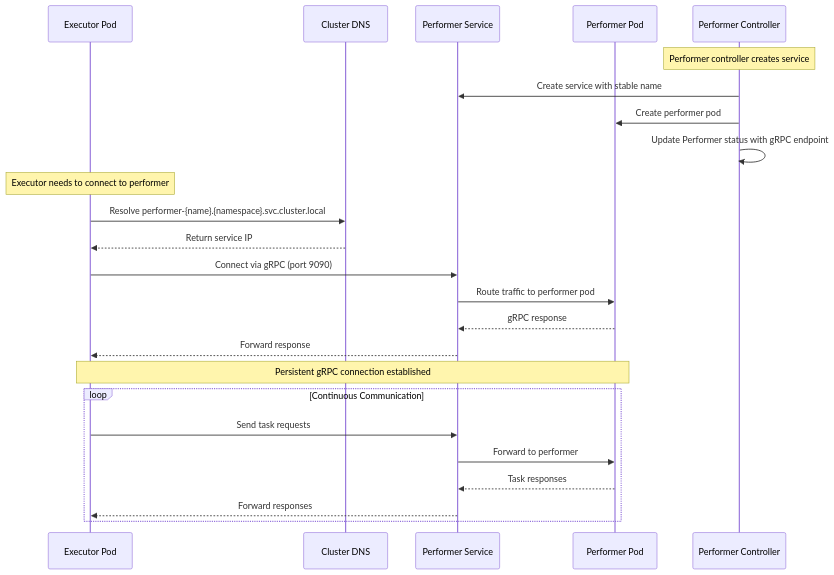
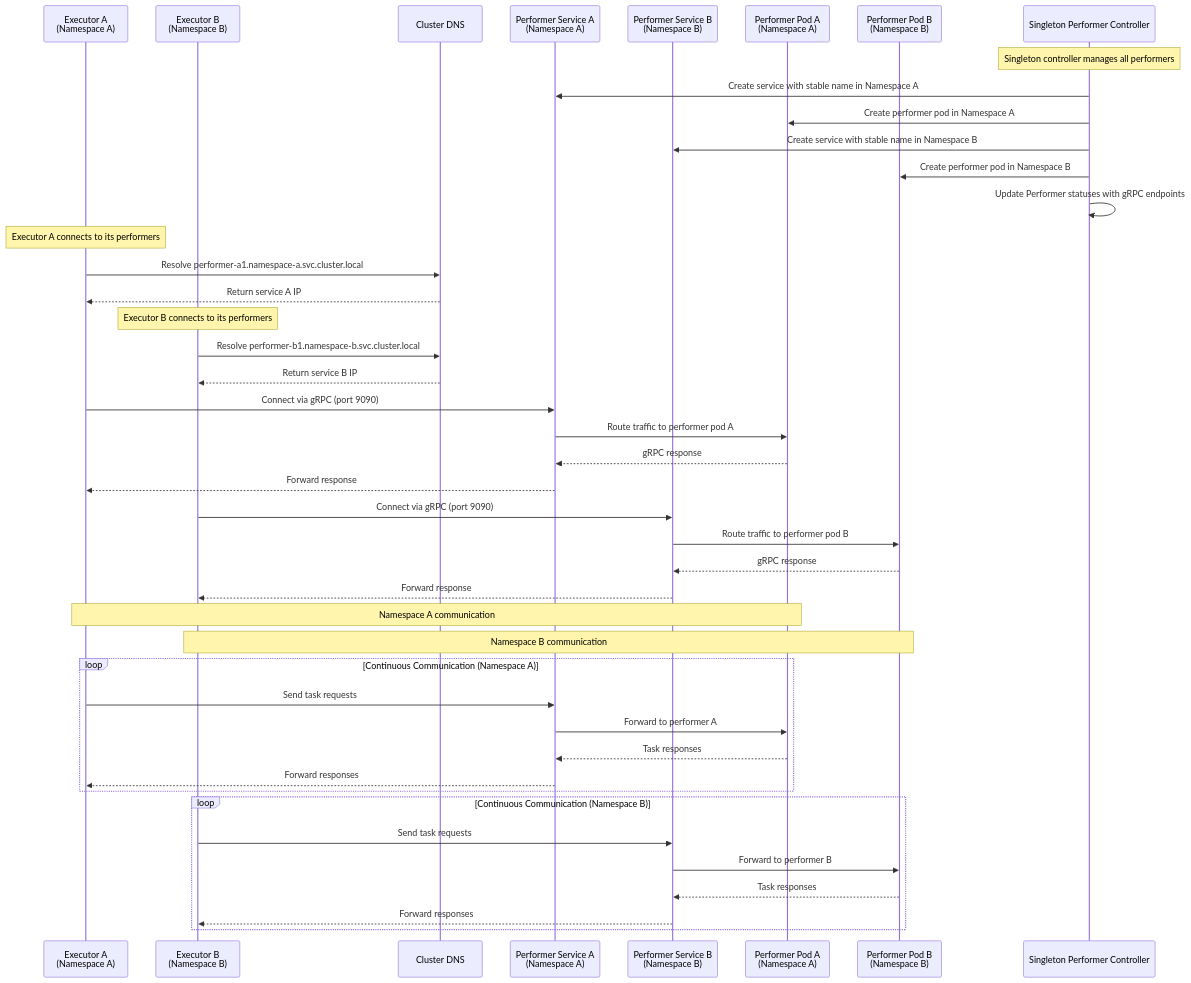
The seventh of 10 diagrams in hourglass-operator/docs/operator/process-flows.md (Layr-Labs/hourglass-monorepo), drawn with Mermaid before and after one commit. The commit also changed other lines of this file and 4 other files, not shown here.

Commit message:
refactored and updated architecture

````diff
--- a/hourglass-operator/docs/operator/process-flows.md
+++ b/hourglass-operator/docs/operator/process-flows.md
@@ -263,31 +306,53 @@
 ```mermaid
 sequenceDiagram
-    participant Executor as Executor Pod
+    participant ExecutorA as Executor A<br/>(Namespace A)
+    participant ExecutorB as Executor B<br/>(Namespace B)
     participant DNS as Cluster DNS
-    participant Service as Performer Service
-    participant Pod as Performer Pod
-    participant Controller as Performer Controller
+    participant ServiceA as Performer Service A<br/>(Namespace A)
+    participant ServiceB as Performer Service B<br/>(Namespace B)
+    participant PodA as Performer Pod A<br/>(Namespace A)
+    participant PodB as Performer Pod B<br/>(Namespace B)
+    participant Controller as Singleton Performer Controller
     
-    Note over Controller: Performer controller creates service
-    Controller->>Service: Create service with stable name
-    Controller->>Pod: Create performer pod
-    Controller->>Controller: Update Performer status with gRPC endpoint
+    Note over Controller: Singleton controller manages all performers
+    Controller->>ServiceA: Create service with stable name in Namespace A
+    Controller->>PodA: Create performer pod in Namespace A
+    Controller->>ServiceB: Create service with stable name in Namespace B
+    Controller->>PodB: Create performer pod in Namespace B
+    Controller->>Controller: Update Performer statuses with gRPC endpoints
     
-    Note over Executor: Executor needs to connect to performer
-    Executor->>DNS: Resolve performer-{name}.{namespace}.svc.cluster.local
-    DNS-->>Executor: Return service IP
+    Note over ExecutorA: Executor A connects to its performers
+    ExecutorA->>DNS: Resolve performer-a1.namespace-a.svc.cluster.local
+    DNS-->>ExecutorA: Return service A IP
     
-    Executor->>Service: Connect via gRPC (port 9090)
-    Service->>Pod: Route traffic to performer pod
-    Pod-->>Service: gRPC response
-    Service-->>Executor: Forward response
+    Note over ExecutorB: Executor B connects to its performers
+    ExecutorB->>DNS: Resolve performer-b1.namespace-b.svc.cluster.local
+    DNS-->>ExecutorB: Return service B IP
     
-    Note over Executor,Pod: Persistent gRPC connection established
+    ExecutorA->>ServiceA: Connect via gRPC (port 9090)
+    ServiceA->>PodA: Route traffic to performer pod A
+    PodA-->>ServiceA: gRPC response
+    ServiceA-->>ExecutorA: Forward response
     
-    loop Continuous Communication
-        Executor->>Service: Send task requests
-        Service->>Pod: Forward to performer
-        Pod-->>Service: Task responses
-        Service-->>Executor: Forward responses
+    ExecutorB->>ServiceB: Connect via gRPC (port 9090)
+    ServiceB->>PodB: Route traffic to performer pod B
+    PodB-->>ServiceB: gRPC response
+    ServiceB-->>ExecutorB: Forward response
+    
+    Note over ExecutorA,PodA: Namespace A communication
+    Note over ExecutorB,PodB: Namespace B communication
+    
+    loop Continuous Communication (Namespace A)
+        ExecutorA->>ServiceA: Send task requests
+        ServiceA->>PodA: Forward to performer A
+        PodA-->>ServiceA: Task responses
+        ServiceA-->>ExecutorA: Forward responses
+    end
+    
+    loop Continuous Communication (Namespace B)
+        ExecutorB->>ServiceB: Send task requests
+        ServiceB->>PodB: Forward to performer B
+        PodB-->>ServiceB: Task responses
+        ServiceB-->>ExecutorB: Forward responses
     end
 ```
````
